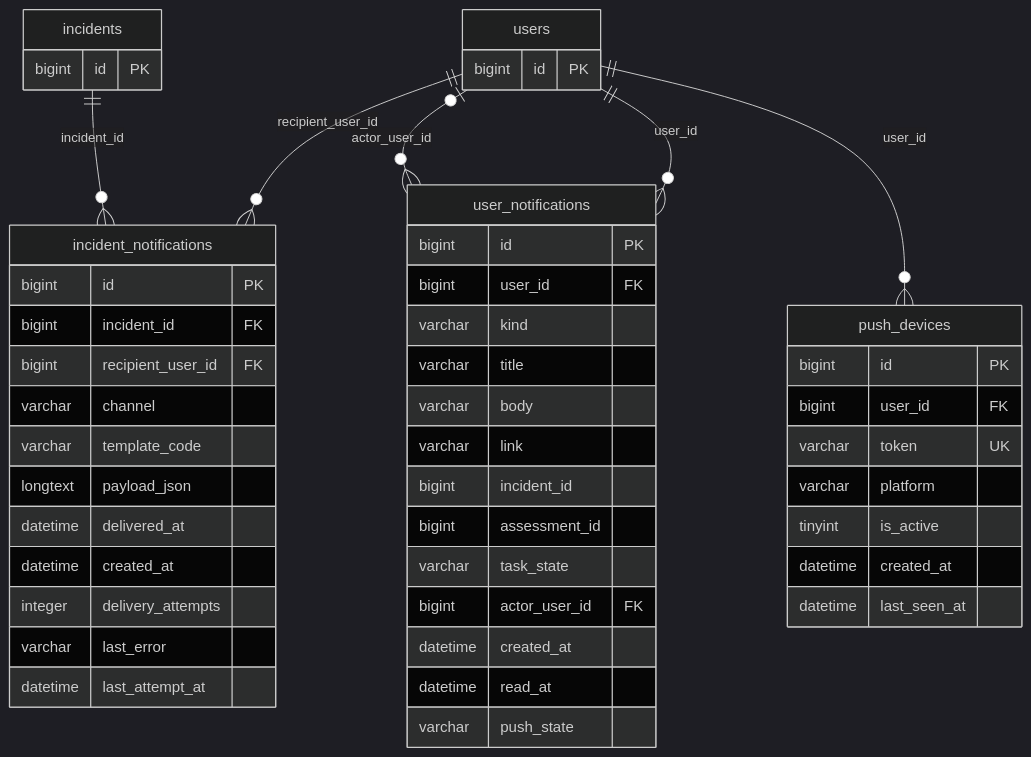
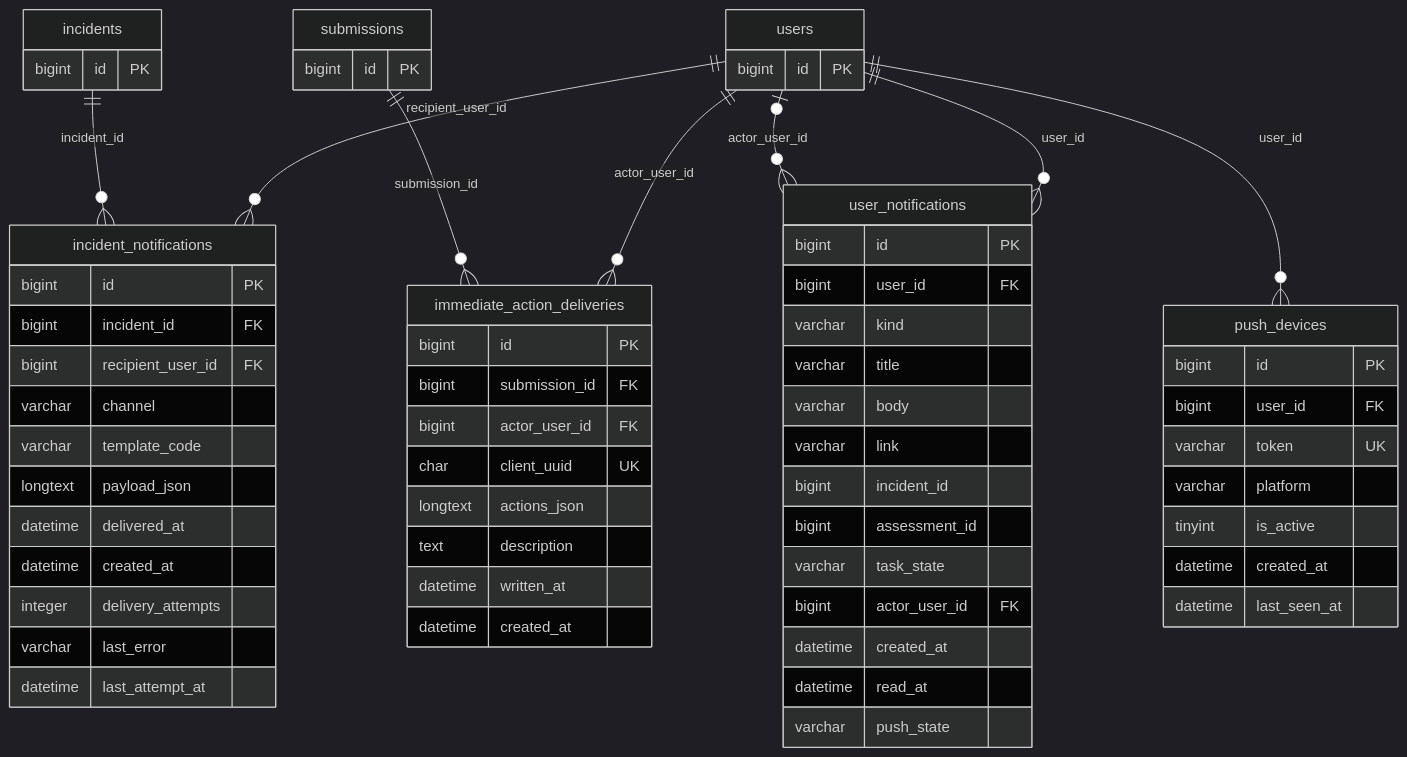
The eighth of 12 diagrams in docs/data/erd.md (Alexeitor292/ERIS_REACT_native), drawn with Mermaid (dark theme) before and after one commit. The commit also changed other lines of this file and 338 other files, not shown here.

````diff
--- a/docs/data/erd.md
+++ b/docs/data/erd.md
@@ -970,51 +995,66 @@
 ```mermaid
 erDiagram
+    immediate_action_deliveries {
+        bigint id PK
+        bigint submission_id FK
+        bigint actor_user_id FK
+        char client_uuid UK
+        longtext actions_json
+        text description
+        datetime written_at
+        datetime created_at
+    }
     incident_notifications {
         bigint id PK
         bigint incident_id FK
         bigint recipient_user_id FK
         varchar channel
         varchar template_code
         longtext payload_json
         datetime delivered_at
         datetime created_at
         integer delivery_attempts
         varchar last_error
         datetime last_attempt_at
     }
     push_devices {
         bigint id PK
         bigint user_id FK
         varchar token UK
         varchar platform
         tinyint is_active
         datetime created_at
         datetime last_seen_at
     }
     user_notifications {
         bigint id PK
         bigint user_id FK
         varchar kind
         varchar title
         varchar body
         varchar link
         bigint incident_id
         bigint assessment_id
         varchar task_state
         bigint actor_user_id FK
         datetime created_at
         datetime read_at
         varchar push_state
     }
     incidents {
         bigint id PK
     }
+    submissions {
+        bigint id PK
+    }
     users {
         bigint id PK
     }
     incidents ||--o{ incident_notifications : "incident_id"
+    submissions ||--o{ immediate_action_deliveries : "submission_id"
     users |o--o{ user_notifications : "actor_user_id"
+    users ||--o{ immediate_action_deliveries : "actor_user_id"
     users ||--o{ incident_notifications : "recipient_user_id"
     users ||--o{ push_devices : "user_id"
     users ||--o{ user_notifications : "user_id"
 ```
````
